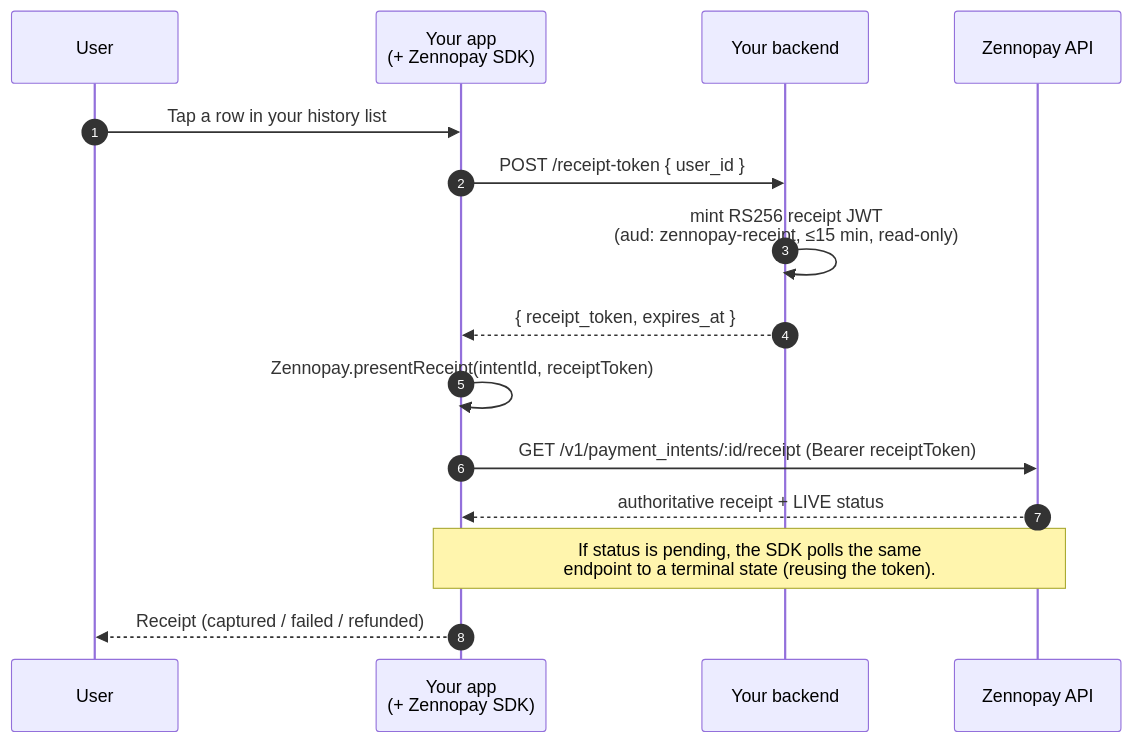
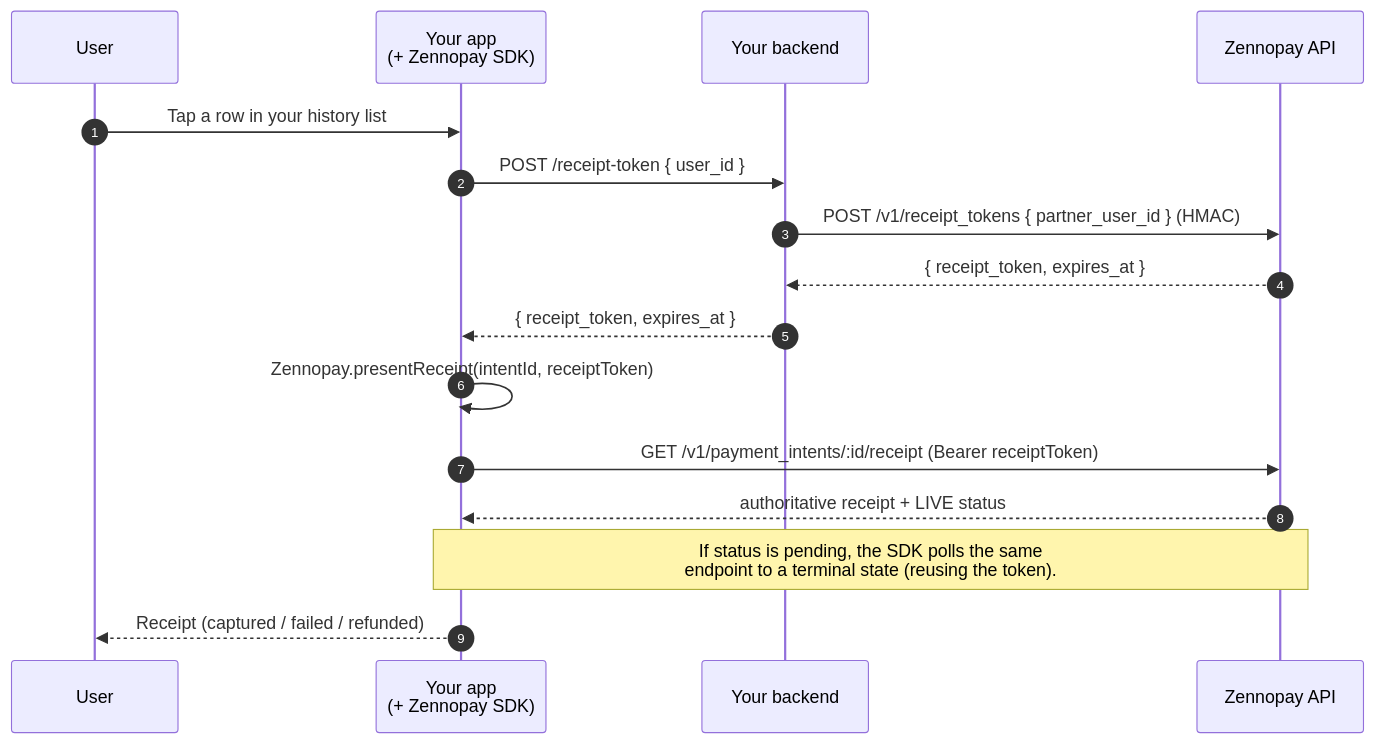
One commit to Zennopay/zennopay-docs changed the diagram in payments/reopen-receipt.mdx. Above: the diagram before and after it, drawn with Mermaid. The commit also changed other lines of this file and 24 other files, not shown here.

First line of the commit message:
docs: rewrite public docs to the Model B (HMAC-only) integration flow

````diff
--- a/payments/reopen-receipt.mdx
+++ b/payments/reopen-receipt.mdx
@@ -31,18 +31,19 @@
 ```mermaid
 sequenceDiagram
     autonumber
     participant U as User
     participant App as Your app<br/>(+ Zennopay SDK)
     participant BE as Your backend
     participant ZP as Zennopay API
 
     U->>App: Tap a row in your history list
     App->>BE: POST /receipt-token { user_id }
-    BE->>BE: mint RS256 receipt JWT<br/>(aud: zennopay-receipt, ≤15 min, read-only)
+    BE->>ZP: POST /v1/receipt_tokens { partner_user_id } (HMAC)
+    ZP-->>BE: { receipt_token, expires_at }
     BE-->>App: { receipt_token, expires_at }
     App->>App: Zennopay.presentReceipt(intentId, receiptToken)
     App->>ZP: GET /v1/payment_intents/:id/receipt (Bearer receiptToken)
     ZP-->>App: authoritative receipt + LIVE status
     Note over App,ZP: If status is pending, the SDK polls the same<br/>endpoint to a terminal state (reusing the token).
     App-->>U: Receipt (captured / failed / refunded)
 ```
````
